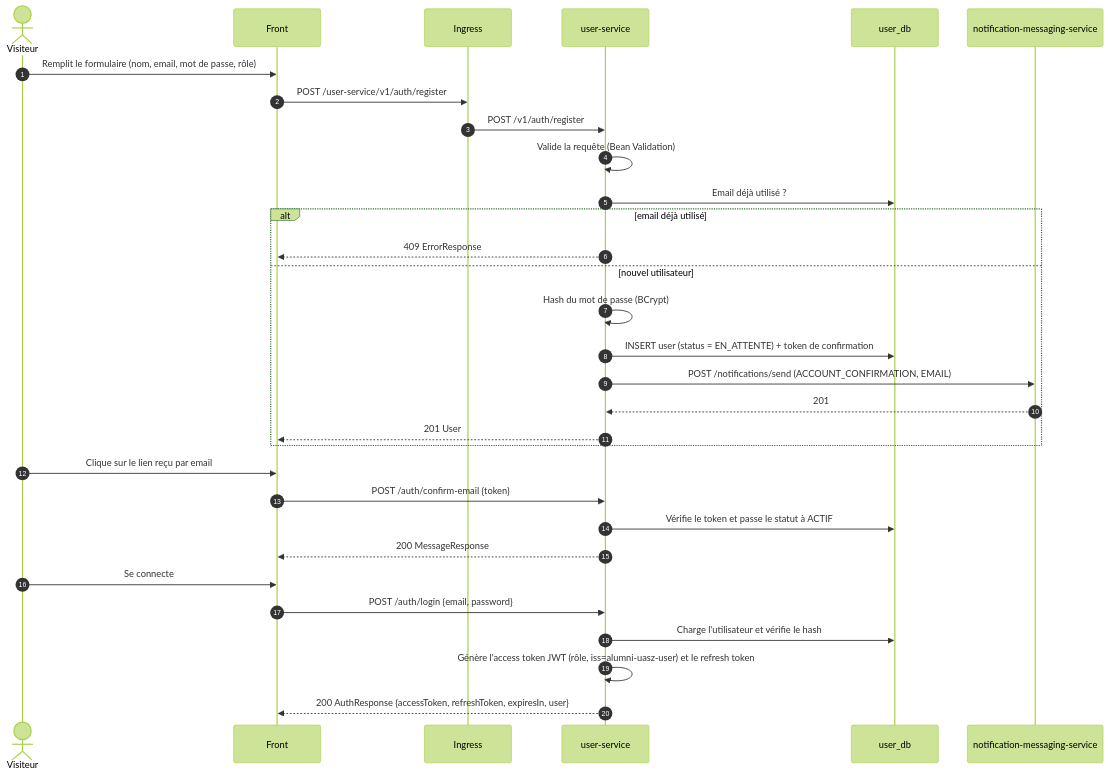
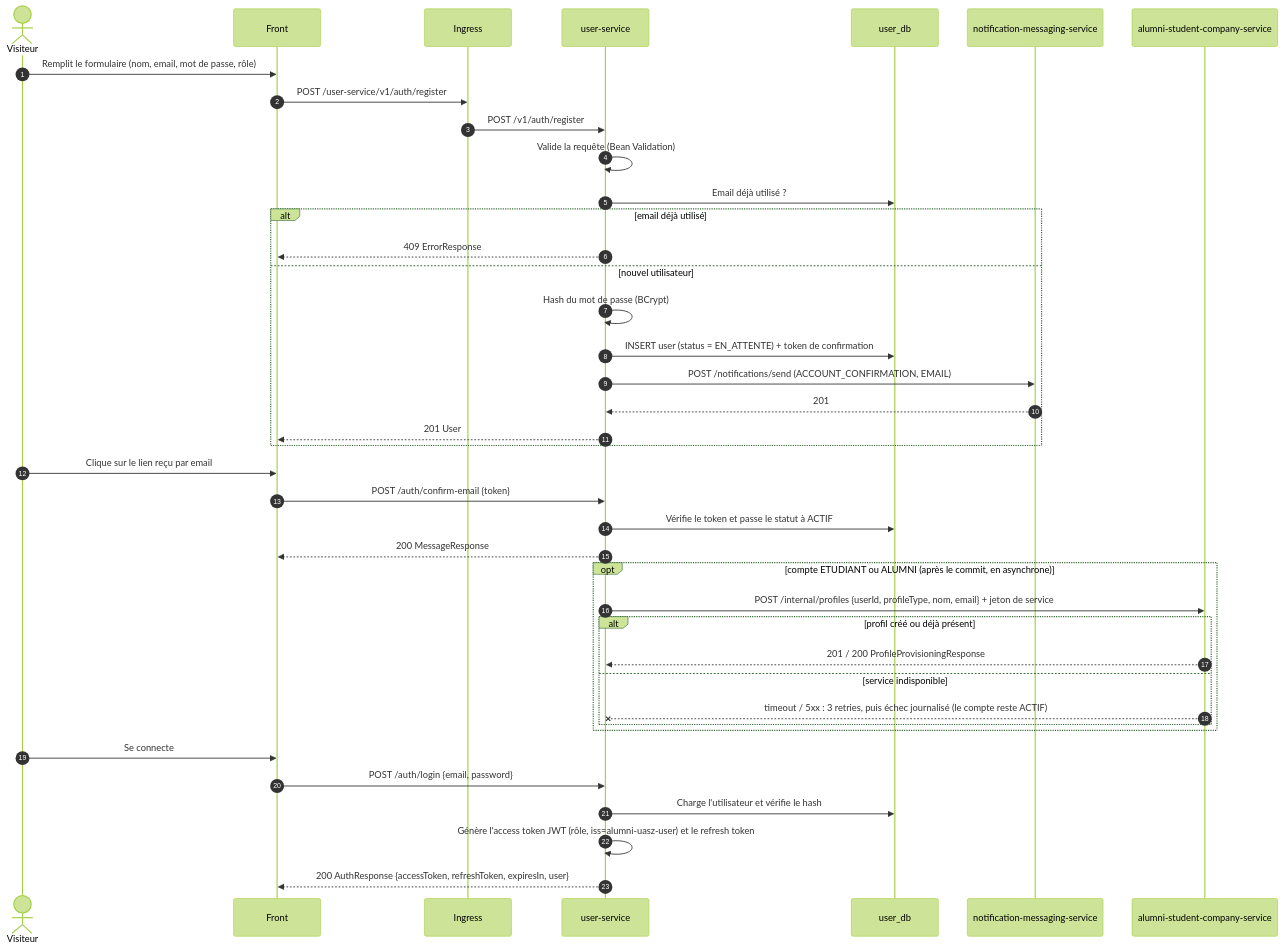
The first of 3 diagrams in docs/diagrams/sequences.md (UASZ-2024-2025/uasz-alumni-backend), drawn with Mermaid (forest theme) before and after one commit. The commit also changed 49 other files, not shown here.

First line of the commit message:
feat(ALUM-83): création du profil à l'activation du compte (user-service -> alumni-student-company-service)

````diff
--- a/docs/diagrams/sequences.md
+++ b/docs/diagrams/sequences.md
@@ -9,36 +9,45 @@
 ```mermaid
 sequenceDiagram
     autonumber
     actor V as Visiteur
     participant F as Front
     participant I as Ingress
     participant U as user-service
     participant UDB as user_db
     participant N as notification-messaging-service
+    participant A as alumni-student-company-service
 
     V->>F: Remplit le formulaire (nom, email, mot de passe, rôle)
     F->>I: POST /user-service/v1/auth/register
     I->>U: POST /v1/auth/register
     U->>U: Valide la requête (Bean Validation)
     U->>UDB: Email déjà utilisé ?
     alt email déjà utilisé
         U-->>F: 409 ErrorResponse
     else nouvel utilisateur
         U->>U: Hash du mot de passe (BCrypt)
         U->>UDB: INSERT user (status = EN_ATTENTE) + token de confirmation
         U->>N: POST /notifications/send (ACCOUNT_CONFIRMATION, EMAIL)
         N-->>U: 201
         U-->>F: 201 User
     end
 
     V->>F: Clique sur le lien reçu par email
     F->>U: POST /auth/confirm-email {token}
     U->>UDB: Vérifie le token et passe le statut à ACTIF
     U-->>F: 200 MessageResponse
+    opt compte ETUDIANT ou ALUMNI (après le commit, en asynchrone)
+        U->>A: POST /internal/profiles {userId, profileType, nom, email} + jeton de service
+        alt profil créé ou déjà présent
+            A-->>U: 201 / 200 ProfileProvisioningResponse
+        else service indisponible
+            A--xU: timeout / 5xx : 3 retries, puis échec journalisé (le compte reste ACTIF)
+        end
+    end
 
     V->>F: Se connecte
     F->>U: POST /auth/login {email, password}
     U->>UDB: Charge l'utilisateur et vérifie le hash
     U->>U: Génère l'access token JWT (rôle, iss=alumni-uasz-user) et le refresh token
     U-->>F: 200 AuthResponse {accessToken, refreshToken, expiresIn, user}
 ```
````
